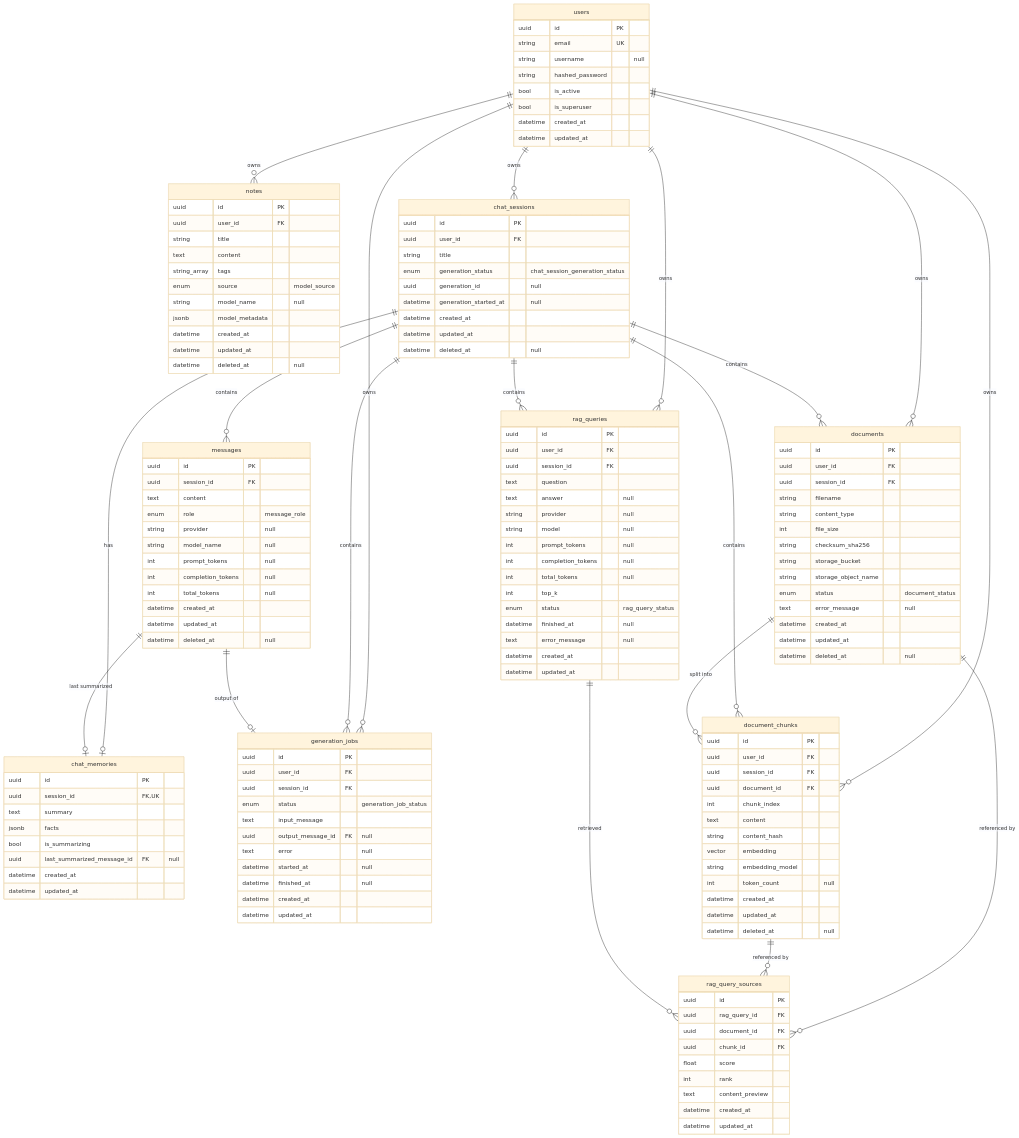
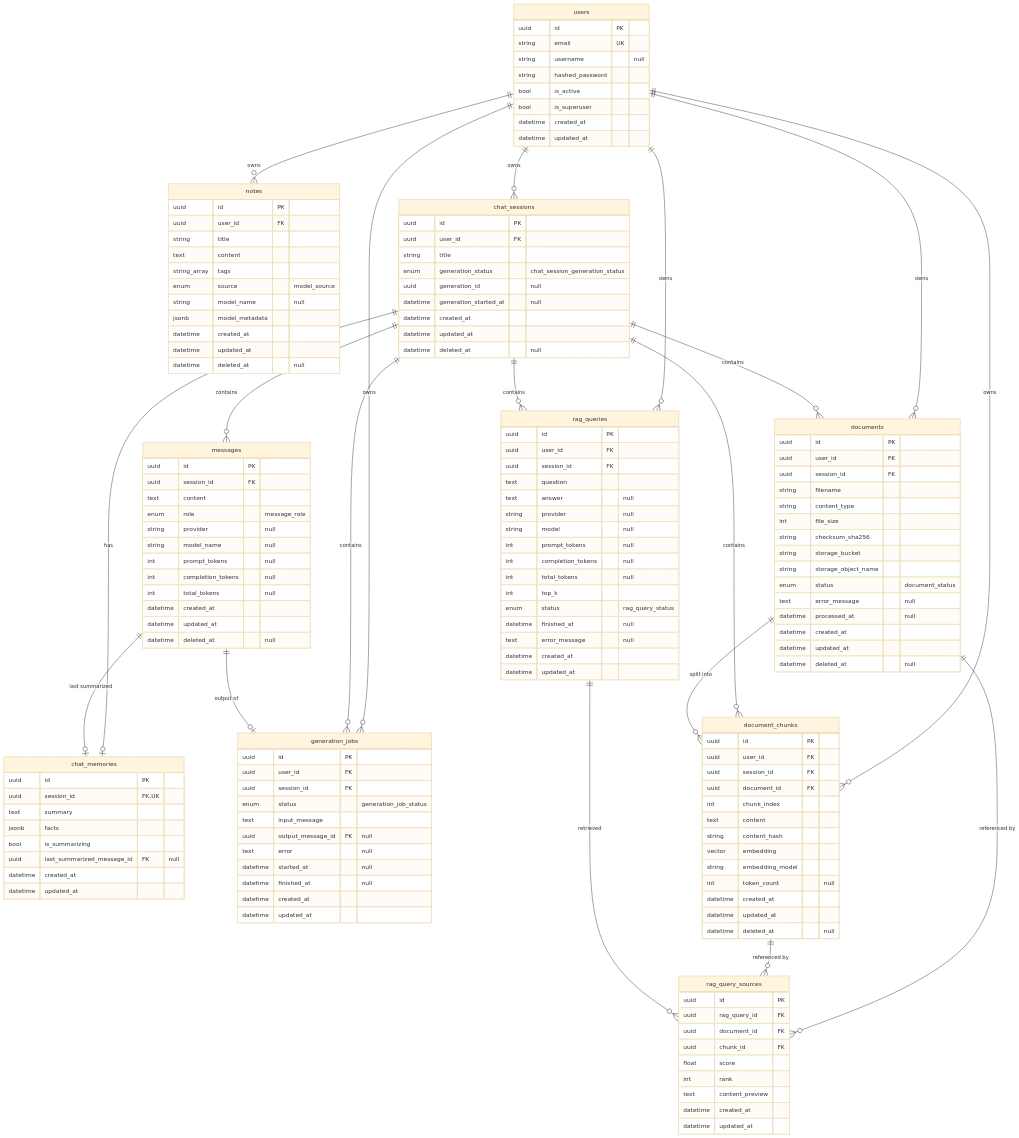
One commit to NKTKLN/ai-notes-api changed the diagram in README.md. Above: the diagram before and after it, drawn with Mermaid (base theme).

```diff
--- a/README.md
+++ b/README.md
@@ -260,6 +260,7 @@
         string storage_object_name
         enum status "document_status"
         text error_message "null"
+        datetime processed_at "null"
         datetime created_at
         datetime updated_at
         datetime deleted_at "null"
```
